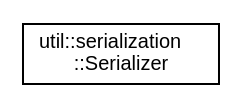
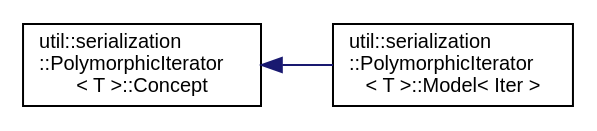
Before and after one commit to AndreasLrx/ecstasy: the diagram in inherit_graph_94.dot, drawn with Graphviz. The commit also changed 380 other files, not shown here.

```diff
--- a/inherit_graph_94.dot
+++ b/inherit_graph_94.dot
@@ -1,8 +1,10 @@
 digraph "Graphical Class Hierarchy"
 {
  // LATEX_PDF_SIZE
   edge [fontname="Helvetica",fontsize="10",labelfontname="Helvetica",labelfontsize="10"];
   node [fontname="Helvetica",fontsize="10",shape=record];
   rankdir="LR";
-  Node0 [label="util::serialization\l::Serializer",height=0.2,width=0.4,color="black", fillcolor="white", style="filled",URL="$classutil_1_1serialization_1_1_serializer.html",tooltip="Static class."];
+  Node0 [label="util::serialization\l::PolymorphicIterator\l\< T \>::Concept",height=0.2,width=0.4,color="black", fillcolor="white", style="filled",URL="$structutil_1_1serialization_1_1_polymorphic_iterator_1_1_concept.html",tooltip=" "];
+  Node0 -> Node1 [dir="back",color="midnightblue",fontsize="10",style="solid",fontname="Helvetica"];
+  Node1 [label="util::serialization\l::PolymorphicIterator\l\< T \>::Model\< Iter \>",height=0.2,width=0.4,color="black", fillcolor="white", style="filled",URL="$classutil_1_1serialization_1_1_polymorphic_iterator_1_1_model.html",tooltip=" "];
 }
```
